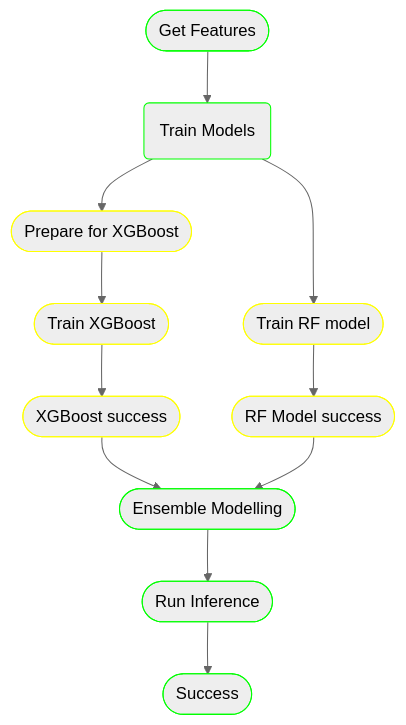
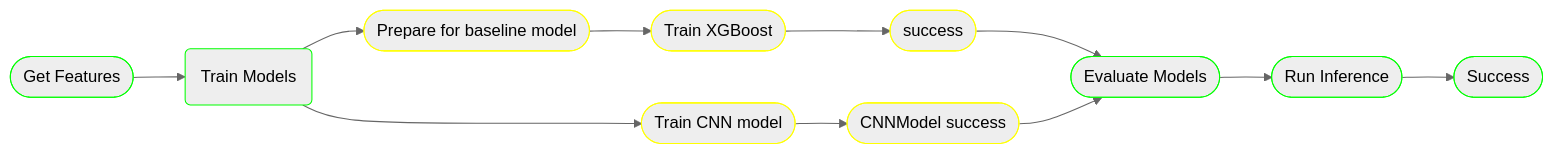
The diagram in docs/concepts/parallel.md (AstraZeneca/runnable), drawn with Mermaid (neutral theme) before and after one commit. The commit also changed other lines of this file and 33 other files, not shown here.

````diff
--- a/docs/concepts/parallel.md
+++ b/docs/concepts/parallel.md
@@ -27,33 +12,31 @@
-    ```mermaid
-    flowchart TD
+```mermaid
+    flowchart LR
 
         getFeatures([Get Features]):::green
         trainStep(Train Models):::green
-        ensembleModel([Ensemble Modelling]):::green
+        chooseBest([Evaluate Models]):::green
         inference([Run Inference]):::green
         success([Success]):::green
 
-        prepareXG([Prepare for XGBoost]):::yellow
-        trainXG([Train XGBoost]):::yellow
-        successXG([XGBoost success]):::yellow
-        prepareXG --> trainXG --> successXG
+        prepareBase([Prepare for baseline model]):::yellow
+        trainBase([Train XGBoost]):::yellow
+        successBase([success]):::yellow
+        prepareBase --> trainBase --> successBase
 
-        trainRF([Train RF model]):::yellow
-        successRF([RF Model success]):::yellow
-        trainRF --> successRF
+        trainCNN([Train CNN model]):::yellow
+        successCNN([CNNModel success]):::yellow
+        trainCNN --> successCNN
 
 
         getFeatures --> trainStep
-        trainStep --> prepareXG
-        trainStep --> trainRF
-        successXG --> ensembleModel
-        successRF --> ensembleModel
-        ensembleModel --> inference
+        trainStep --> prepareBase
+        trainStep --> trainCNN
+        successBase --> chooseBest
+        successCNN --> chooseBest
+        chooseBest --> inference
         inference --> success
 
 
         classDef yellow stroke:#FFFF00
         classDef green stroke:#0f0
-
-
-    ```
+```
````
